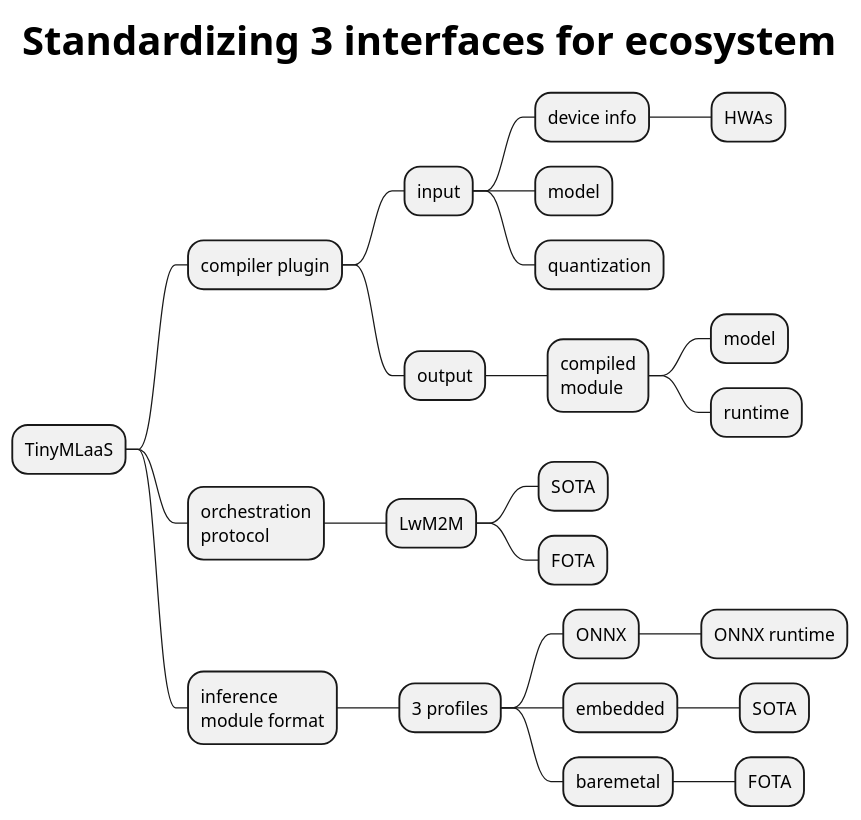
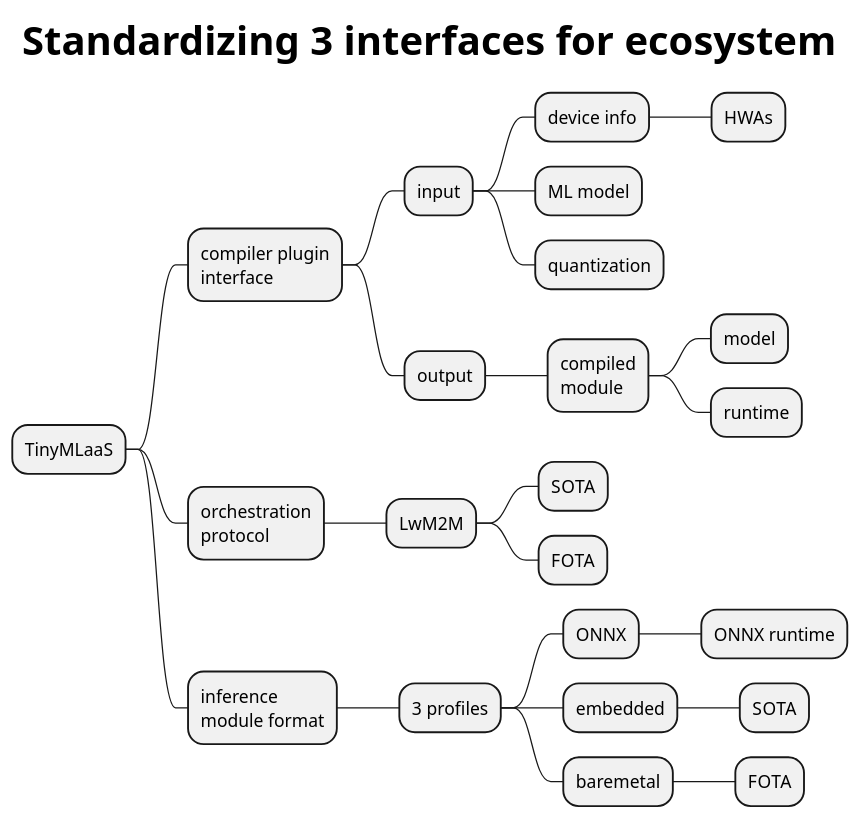
Before and after one commit to doyu/elc2019: the first of 2 diagrams in standard-mindmap.puml, drawn with PlantUML. The commit also changed other lines of this file and 3 other files, not shown here.

```diff
--- a/standard-mindmap.puml
+++ b/standard-mindmap.puml
@@ -1,27 +1,27 @@
 @startmindmap
 skinparam TitleFontSize 32
 title Standardizing 3 interfaces for ecosystem
 * TinyMLaaS
-** compiler plugin
+** compiler plugin\ninterface
 *** input
 **** device info
 ***** HWAs
-**** model
+**** ML model
 **** quantization
 *** output
 **** compiled\nmodule
 ***** model
 ***** runtime
 ** orchestration\nprotocol
 *** LwM2M
 **** SOTA
 **** FOTA
 ** inference\nmodule format
 *** 3 profiles
 **** ONNX
 ***** ONNX runtime
 **** embedded
 ***** SOTA
 **** baremetal
 ***** FOTA
 @endmindmap
```
